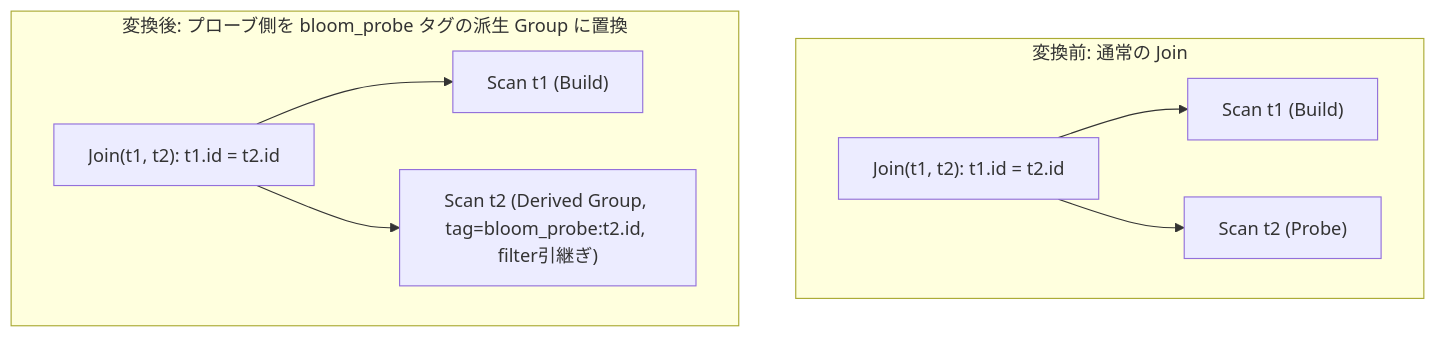
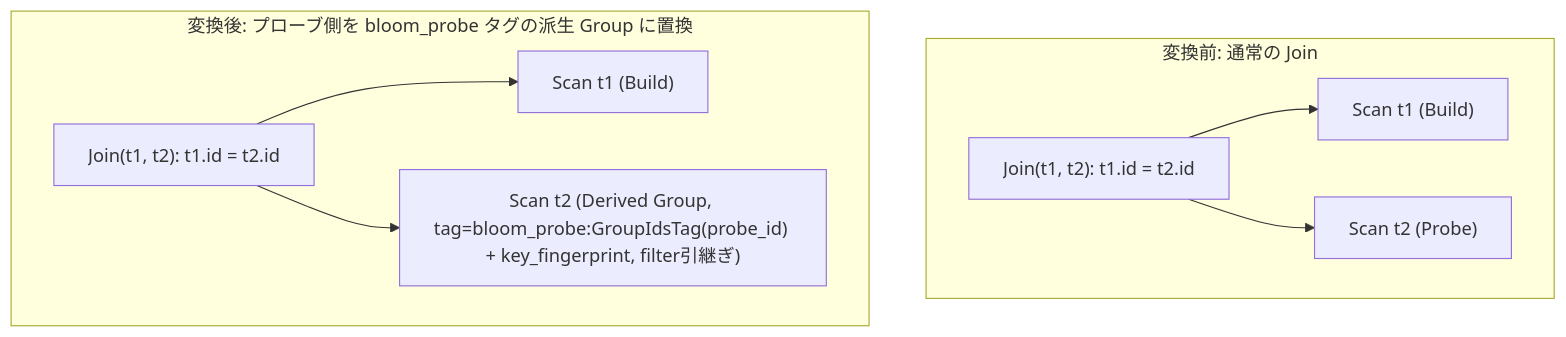
The diagram in docs/opt/part2-rules/logical/dynamic_filter_pushdown_join.md (kumagi/tinylamb), drawn with Mermaid before and after one commit. The commit also changed other lines of this file and 1222 other files, not shown here.

````diff
--- a/docs/opt/part2-rules/logical/dynamic_filter_pushdown_join.md
+++ b/docs/opt/part2-rules/logical/dynamic_filter_pushdown_join.md
@@ -14,11 +14,11 @@
 ```mermaid
 graph TD
   subgraph before["変換前: 通常の Join"]
     J1["Join(t1, t2): t1.id = t2.id"] --> B1["Scan t1 (Build)"]
     J1 --> P1["Scan t2 (Probe)"]
   end
   subgraph after["変換後: プローブ側を bloom_probe タグの派生 Group に置換"]
     J2["Join(t1, t2): t1.id = t2.id"] --> B2["Scan t1 (Build)"]
-    J2 --> P2["Scan t2 (Derived Group, tag=bloom_probe:t2.id, filter引継ぎ)"]
+    J2 --> P2["Scan t2 (Derived Group, tag=bloom_probe:GroupIdsTag(probe_id) + key_fingerprint, filter引継ぎ)"]
   end
 ```
````
